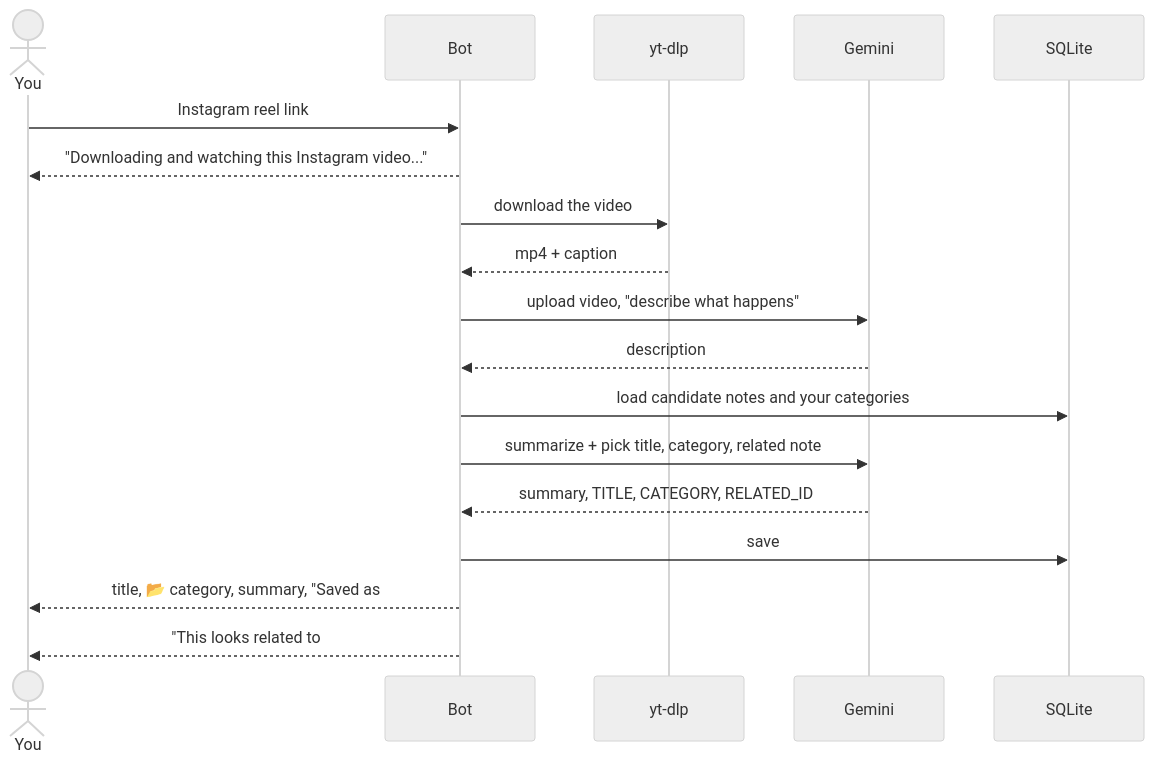
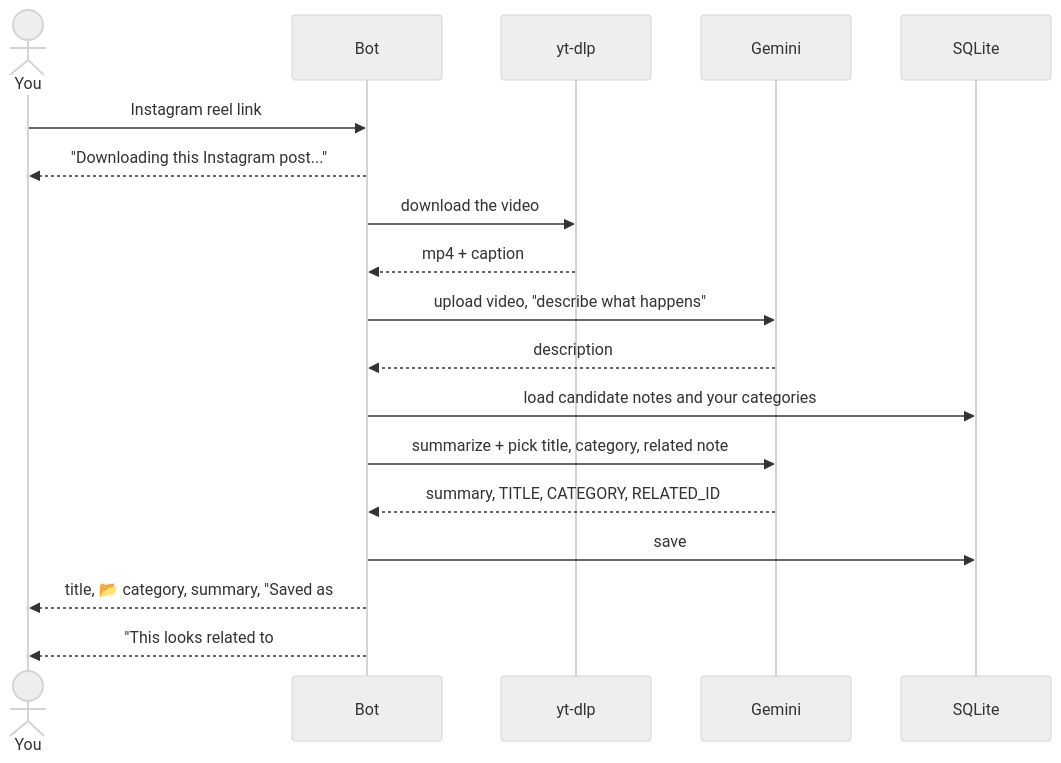
Before and after one commit to nabilhrs/social-summary-bot: the second of 4 diagrams in README.md, drawn with Mermaid (neutral theme). The commit also changed other lines of this file and 2 other files, not shown here.

Commit message:
docs: mention Instagram photo posts in help text and docs

````diff
--- a/README.md
+++ b/README.md
@@ -41,20 +41,20 @@
 ```mermaid
 sequenceDiagram
     actor Y as You
     participant B as Bot
     participant V as yt-dlp
     participant G as Gemini
     participant D as SQLite
     Y->>B: Instagram reel link
-    B-->>Y: "Downloading and watching this Instagram video..."
+    B-->>Y: "Downloading this Instagram post..."
     B->>V: download the video
     V-->>B: mp4 + caption
     B->>G: upload video, "describe what happens"
     G-->>B: description
     B->>D: load candidate notes and your categories
     B->>G: summarize + pick title, category, related note
     G-->>B: summary, TITLE, CATEGORY, RELATED_ID
     B->>D: save
     B-->>Y: title, 📂 category, summary, "Saved as #13" + buttons
     B-->>Y: "This looks related to #4. Merge?" (if it is)
 ```
````
